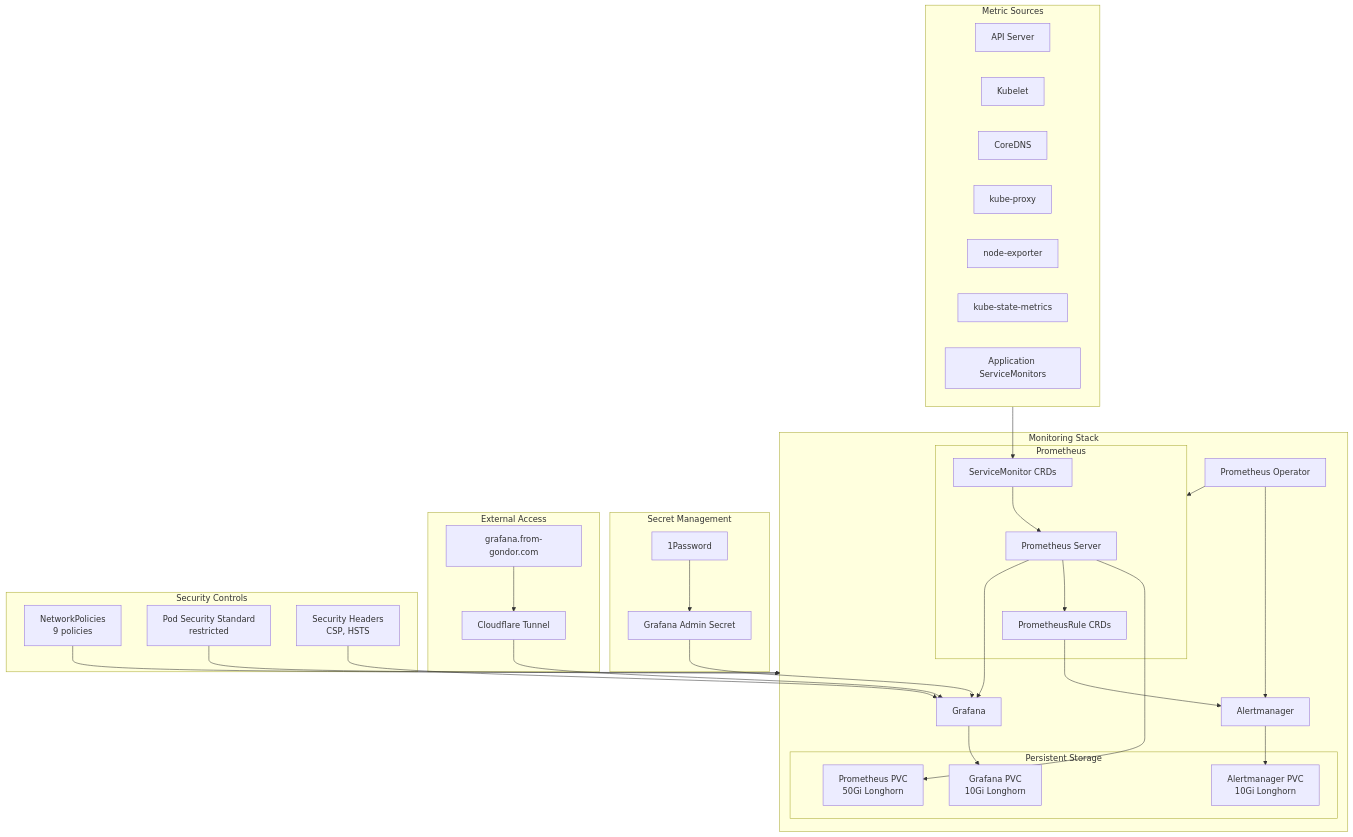
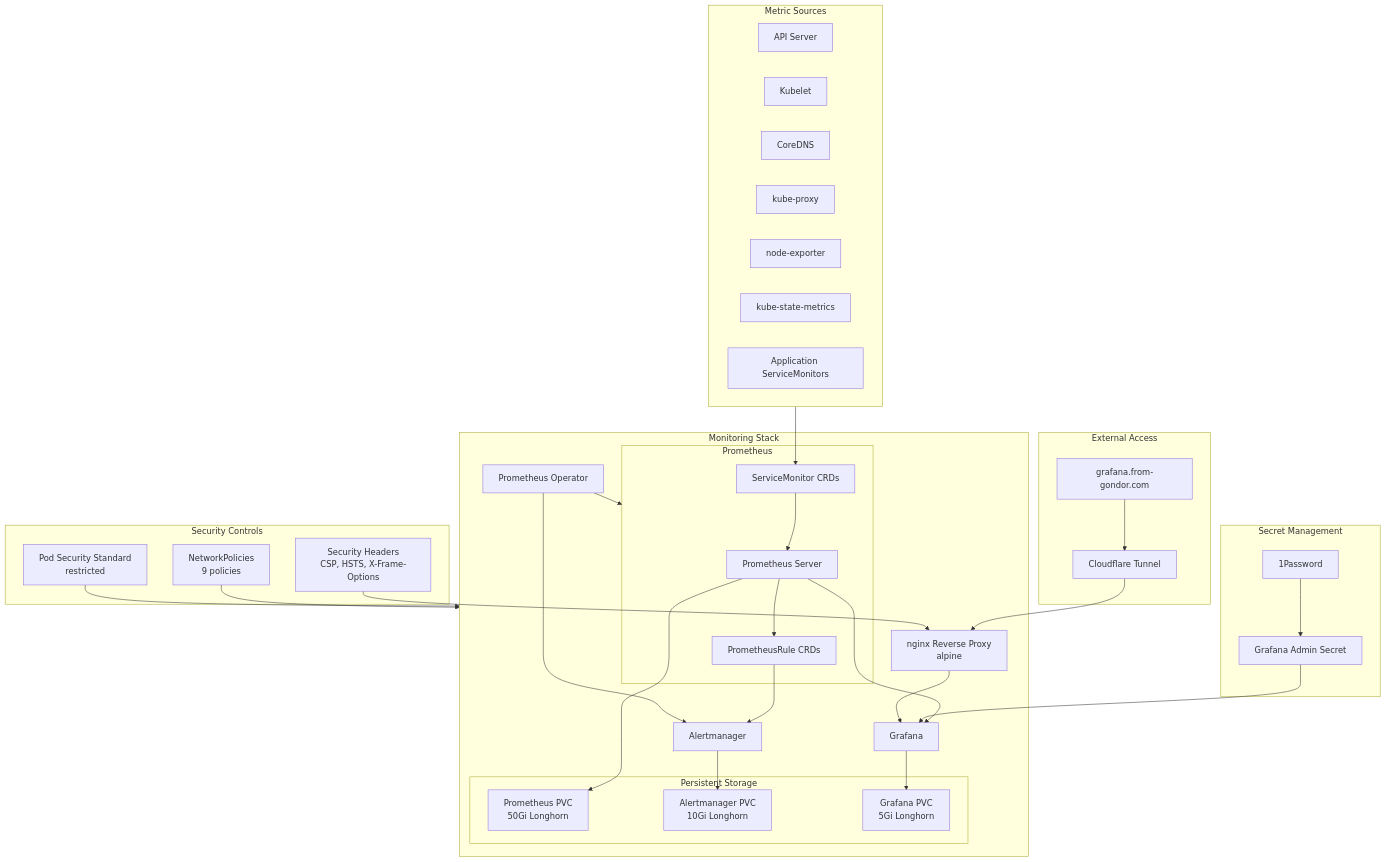
Before and after one commit to josimar-silva/homelab: the first of 3 diagrams in docs/adrs/2025-11-26-prometheus-stack-deployment.md, drawn with Mermaid. The commit also changed other lines of this file, not shown here.

Commit message:
docs(ADR): update Prometheus ADR with Grafana changes

````diff
--- a/docs/adrs/2025-11-26-prometheus-stack-deployment.md
+++ b/docs/adrs/2025-11-26-prometheus-stack-deployment.md
@@ -26,69 +26,71 @@
 ```mermaid
 flowchart TB
     subgraph Sources["Metric Sources"]
         API[API Server]
         Kubelet[Kubelet]
         DNS[CoreDNS]
         Proxy[kube-proxy]
         NE[node-exporter]
         KSM[kube-state-metrics]
         Apps[Application ServiceMonitors]
     end
 
     subgraph Monitoring["Monitoring Stack"]
         PO[Prometheus Operator]
 
         subgraph Prometheus["Prometheus"]
             P1[Prometheus Server]
             SM[ServiceMonitor CRDs]
             PR[PrometheusRule CRDs]
         end
 
         subgraph Storage["Persistent Storage"]
             PV1[Prometheus PVC<br/>50Gi Longhorn]
             PV2[Alertmanager PVC<br/>10Gi Longhorn]
-            PV3[Grafana PVC<br/>10Gi Longhorn]
+            PV3[Grafana PVC<br/>5Gi Longhorn]
         end
 
         AM[Alertmanager]
         GR[Grafana]
+        NGINX[nginx Reverse Proxy<br/>alpine]
     end
 
     subgraph Secrets["Secret Management"]
         OP[1Password]
         GS[Grafana Admin Secret]
     end
 
     subgraph Access["External Access"]
         CF[Cloudflare Tunnel]
         DNS_Record[grafana.from-gondor.com]
     end
 
     subgraph Security["Security Controls"]
         NP[NetworkPolicies<br/>9 policies]
         PSS[Pod Security Standard<br/>restricted]
-        CSP[Security Headers<br/>CSP, HSTS]
+        CSP[Security Headers<br/>CSP, HSTS, X-Frame-Options]
     end
 
     Sources --> SM
     SM --> P1
     P1 --> PV1
     P1 --> PR
     PR --> AM
     AM --> PV2
     P1 --> GR
     GR --> PV3
 
     OP --> GS
     GS --> GR
 
-    CF --> GR
+    CF --> NGINX
+    NGINX --> GR
     DNS_Record --> CF
 
     NP --> Monitoring
     PSS --> Monitoring
-    CSP --> GR
+    CSP --> NGINX
 
     PO --> Prometheus
     PO --> AM
 ```
````
